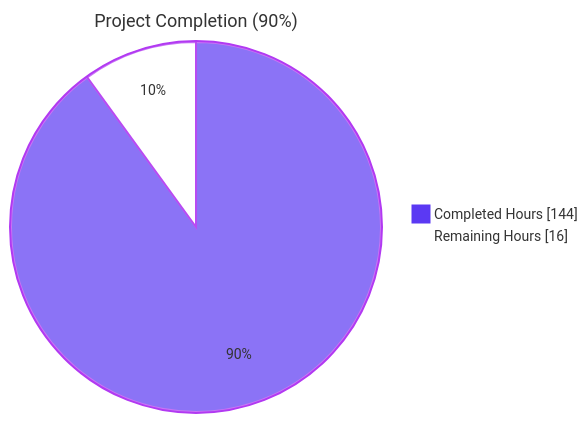
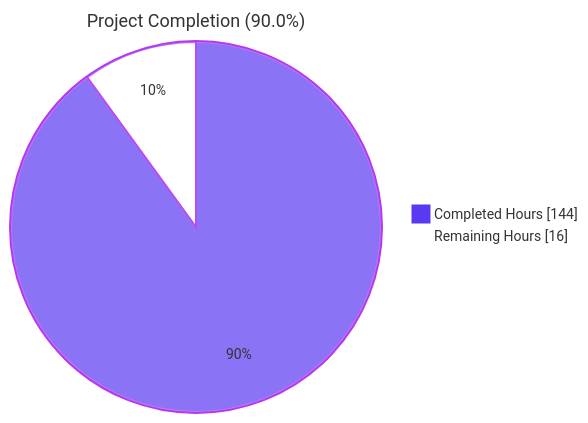
One commit to Blitzy-Sandbox/blitzy-nginx changed the first of 4 diagrams in blitzy/documentation/Project Guide.md. Above: the diagram before and after it, drawn with Mermaid. The commit also changed other lines of this file, not shown here.

Commit message:
Adding Blitzy Project Guide: Project Status and Human Tasks Remaining

````diff
--- a/blitzy/documentation/Project Guide.md
+++ b/blitzy/documentation/Project Guide.md
@@ -9,7 +9,7 @@
 ```mermaid
 %%{init: {'theme':'base','themeVariables':{'pie1':'#5B39F3','pie2':'#FFFFFF','pieStrokeColor':'#B23AF2','pieOuterStrokeColor':'#B23AF2','pieTitleTextSize':'18px','pieSectionTextSize':'14px','pieLegendTextSize':'14px'}}}%%
 pie showData
-    title Project Completion (90%)
+    title Project Completion (90.0%)
     "Completed Hours" : 144
     "Remaining Hours" : 16
 ```
````
